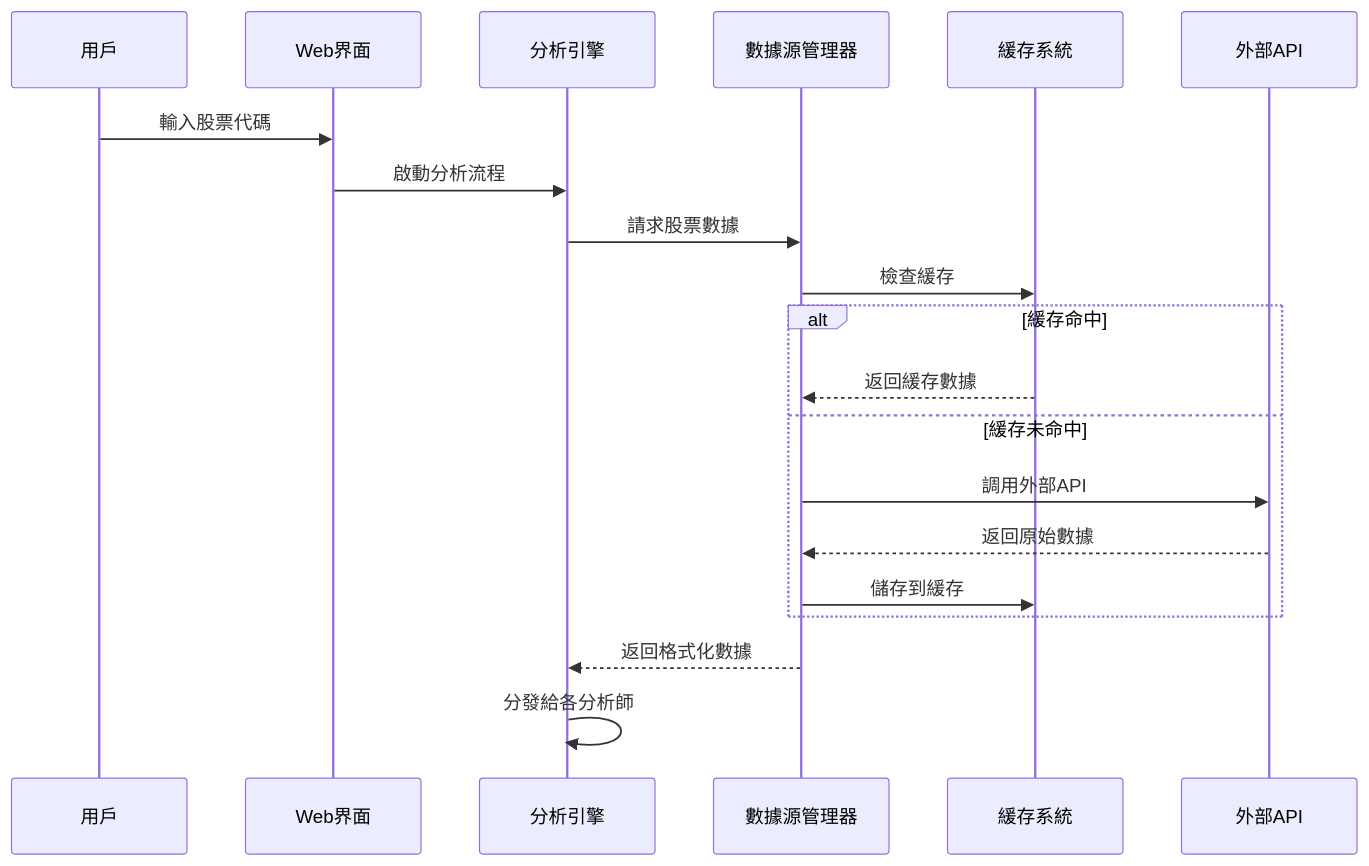
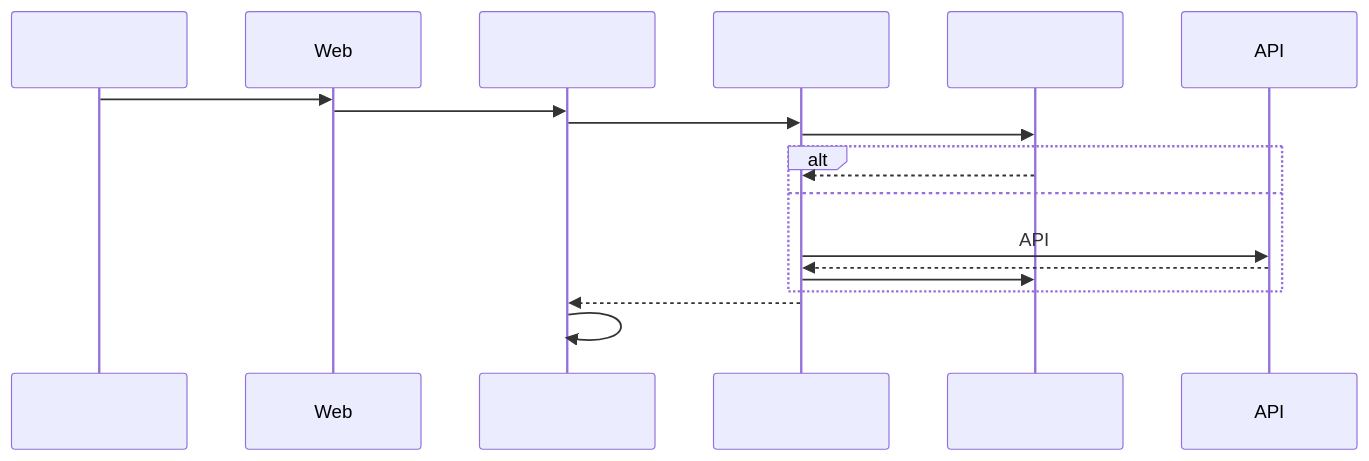
One commit to aiinpocket/TradingAgents-CN changed the second of 5 diagrams in docs/design/stock_analysis_system_design.md. Above: the diagram before and after it, drawn with Mermaid. The commit also changed other lines of this file and 77 other files, not shown here.

````diff
--- a/docs/design/stock_analysis_system_design.md
+++ b/docs/design/stock_analysis_system_design.md
@@ -139,25 +139,25 @@
 ```mermaid
 sequenceDiagram
-    participant User as 用戶
-    participant Web as Web界面
-    participant Graph as 分析引擎
-    participant DSM as 數據源管理器
-    participant Cache as 緩存系統
-    participant API as 外部API
+ participant User as 
+ participant Web as Web
+ participant Graph as 
+ participant DSM as 
+ participant Cache as 
+ participant API as API
 
-    User->>Web: 輸入股票代碼
-    Web->>Graph: 啟動分析流程
-    Graph->>DSM: 請求股票數據
-    DSM->>Cache: 檢查緩存
+ User->>Web: 
+ Web->>Graph: 
+ Graph->>DSM: 
+ DSM->>Cache: 
 
-    alt 緩存命中
-        Cache-->>DSM: 返回緩存數據
-    else 緩存未命中
-        DSM->>API: 調用外部API
-        API-->>DSM: 返回原始數據
-        DSM->>Cache: 儲存到緩存
-    end
+ alt 
+ Cache-->>DSM: 
+ else 
+ DSM->>API: API
+ API-->>DSM: 
+ DSM->>Cache: 
+ end
 
-    DSM-->>Graph: 返回格式化數據
-    Graph->>Graph: 分發給各分析師
+ DSM-->>Graph: 
+ Graph->>Graph: 
 ```
````
